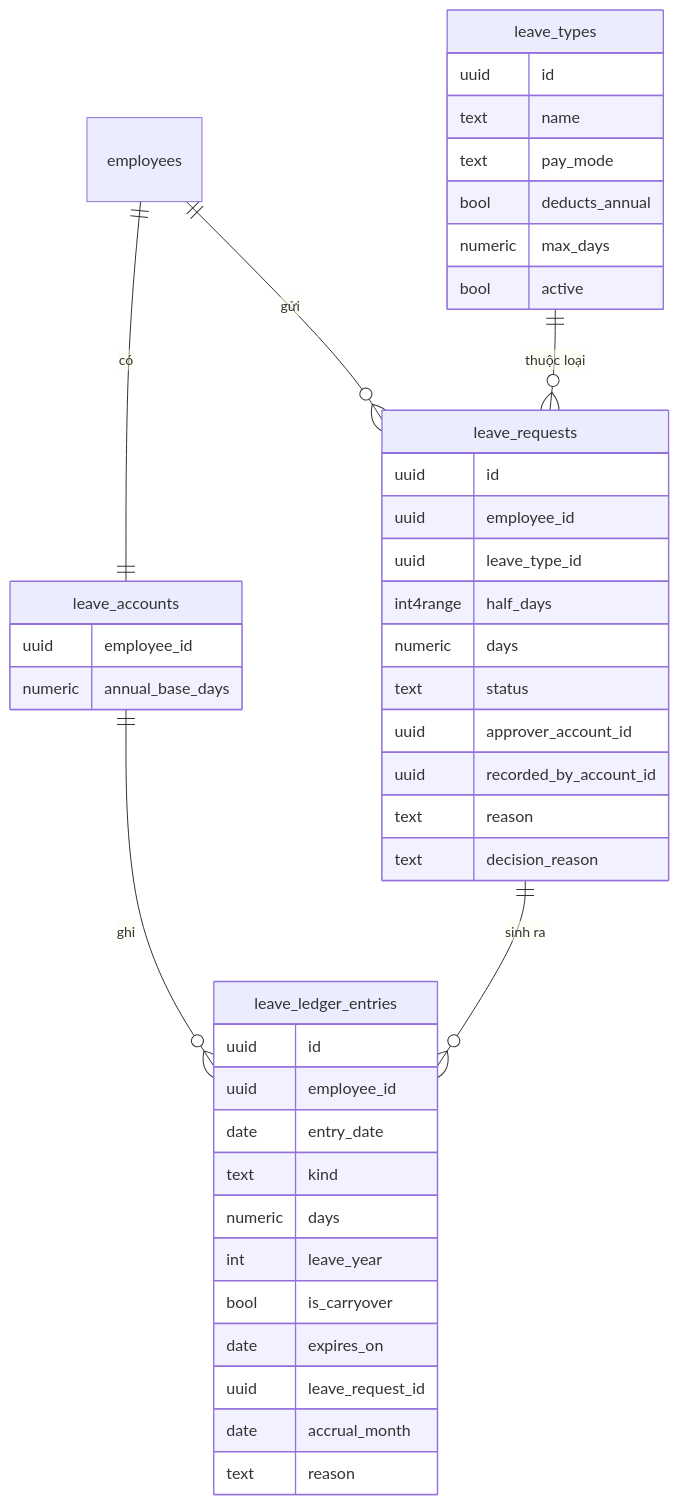
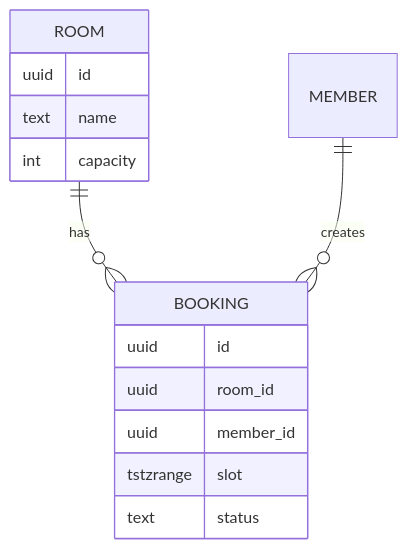
The diagram in docs/design/data.md (pbaodev/hr-manager), drawn with Mermaid before and after one commit. The commit also changed other lines of this file and 26 other files, not shown here.

````diff
--- a/docs/design/data.md
+++ b/docs/design/data.md
@@ -171,45 +31,17 @@
 ```mermaid
 erDiagram
-  employees ||--|| leave_accounts : "có"
-  leave_accounts ||--o{ leave_ledger_entries : "ghi"
-  employees ||--o{ leave_requests : "gửi"
-  leave_types ||--o{ leave_requests : "thuộc loại"
-  leave_requests ||--o{ leave_ledger_entries : "sinh ra"
-  leave_accounts {
-    uuid employee_id
-    numeric annual_base_days
-  }
-  leave_ledger_entries {
-    uuid id
-    uuid employee_id
-    date entry_date
-    text kind
-    numeric days
-    int leave_year
-    bool is_carryover
-    date expires_on
-    uuid leave_request_id
-    date accrual_month
-    text reason
-  }
-  leave_types {
+  ROOM ||--o{ BOOKING : has
+  MEMBER ||--o{ BOOKING : creates
+  ROOM {
     uuid id
     text name
-    text pay_mode
-    bool deducts_annual
-    numeric max_days
-    bool active
+    int capacity
   }
-  leave_requests {
+  BOOKING {
     uuid id
-    uuid employee_id
-    uuid leave_type_id
-    int4range half_days
-    numeric days
+    uuid room_id
+    uuid member_id
+    tstzrange slot
     text status
-    uuid approver_account_id
-    uuid recorded_by_account_id
-    text reason
-    text decision_reason
   }
 ```
````
